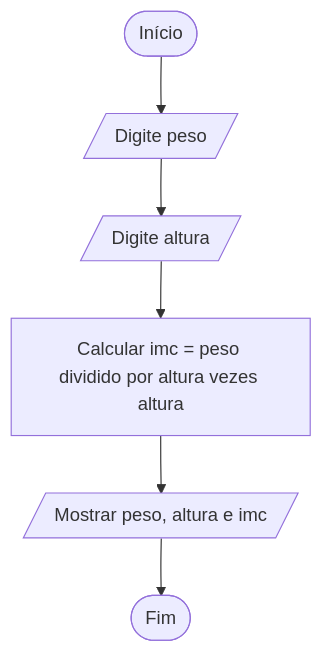
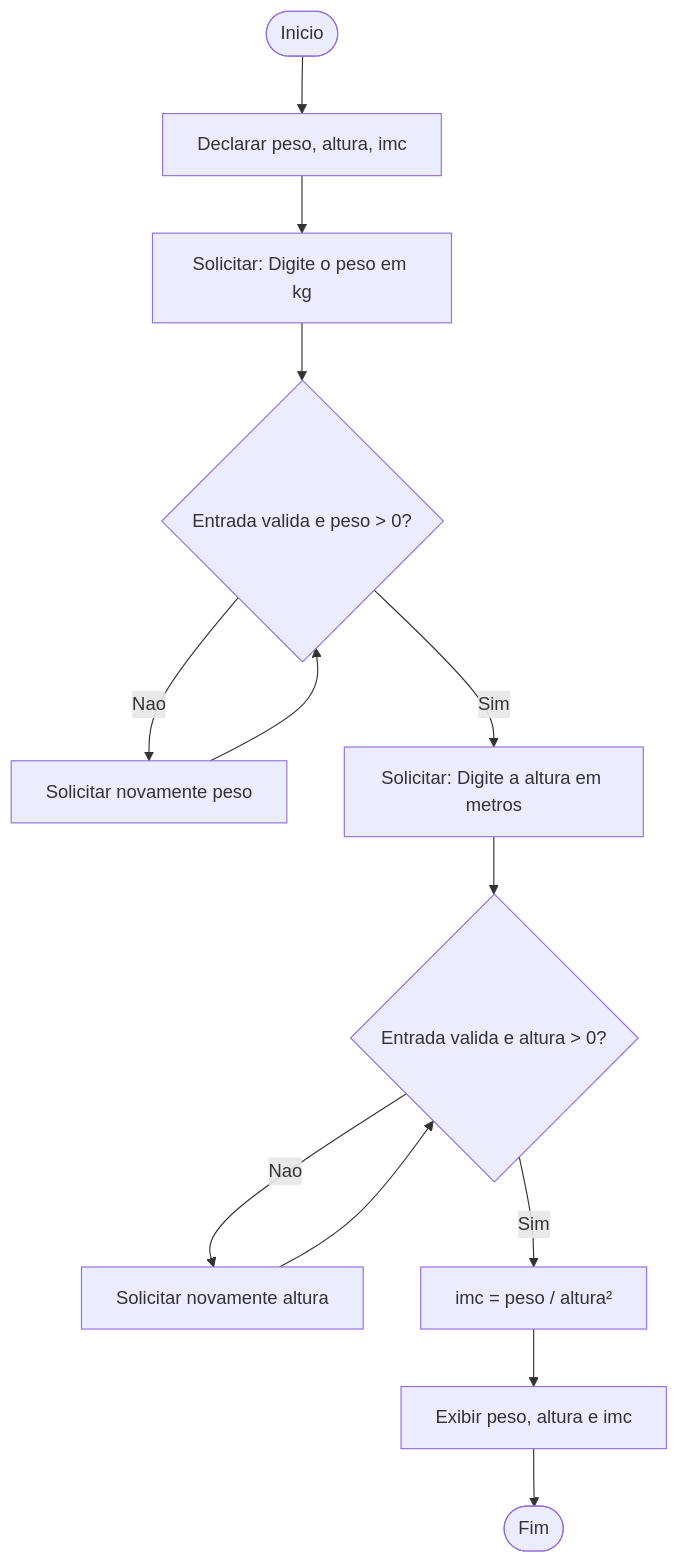
Before and after one commit to DanoloBR/portiflio-dan: the third of 10 diagrams in README.md, drawn with Mermaid. The commit also changed other lines of this file, not shown here.

````diff
--- a/README.md
+++ b/README.md
@@ -64,8 +50,20 @@
 ```mermaid
 flowchart TD
-  A([Início]) --> B[/Digite peso/]
-  B --> C[/Digite altura/]
-  C --> D[Calcular imc = peso dividido por altura vezes altura]
-  D --> E[/Mostrar peso, altura e imc/]
-  E --> F([Fim])
+    A([Inicio])
+    B[Declarar peso, altura, imc]
+    C[Solicitar: Digite o peso em kg]
+    D{Entrada valida e peso > 0?}
+    E[Solicitar novamente peso]
+    F[Solicitar: Digite a altura em metros]
+    G{Entrada valida e altura > 0?}
+    H[Solicitar novamente altura]
+    I[imc = peso / altura²]
+    J[Exibir peso, altura e imc]
+    K([Fim])
+
+    A --> B --> C --> D
+    D -->|Nao| E --> D
+    D -->|Sim| F --> G
+    G -->|Nao| H --> G
+    G -->|Sim| I --> J --> K
 ```
````
